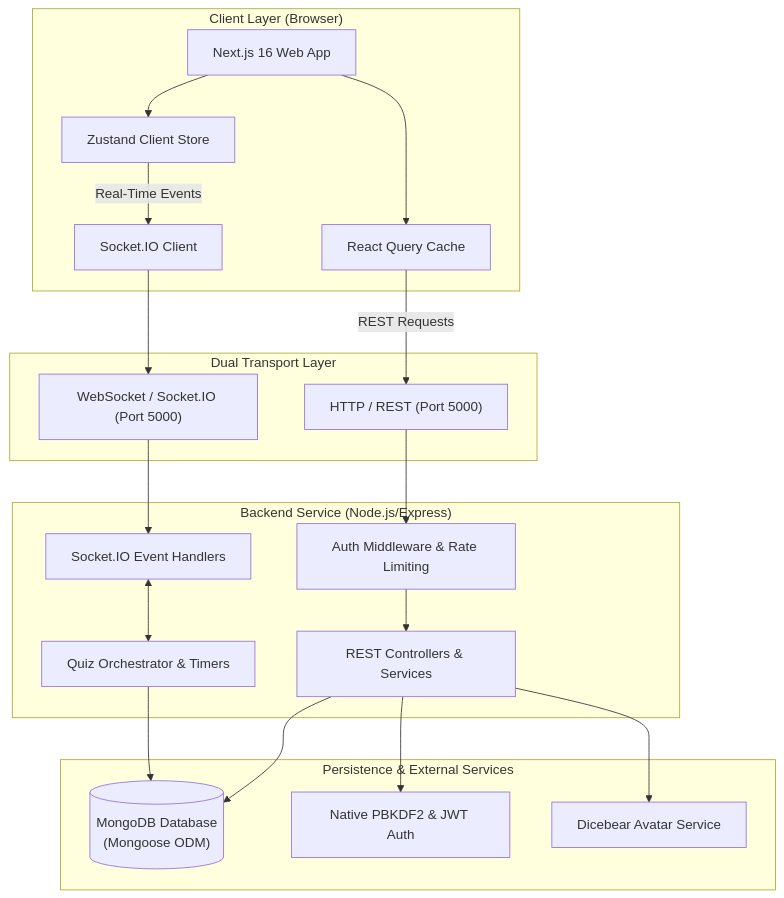
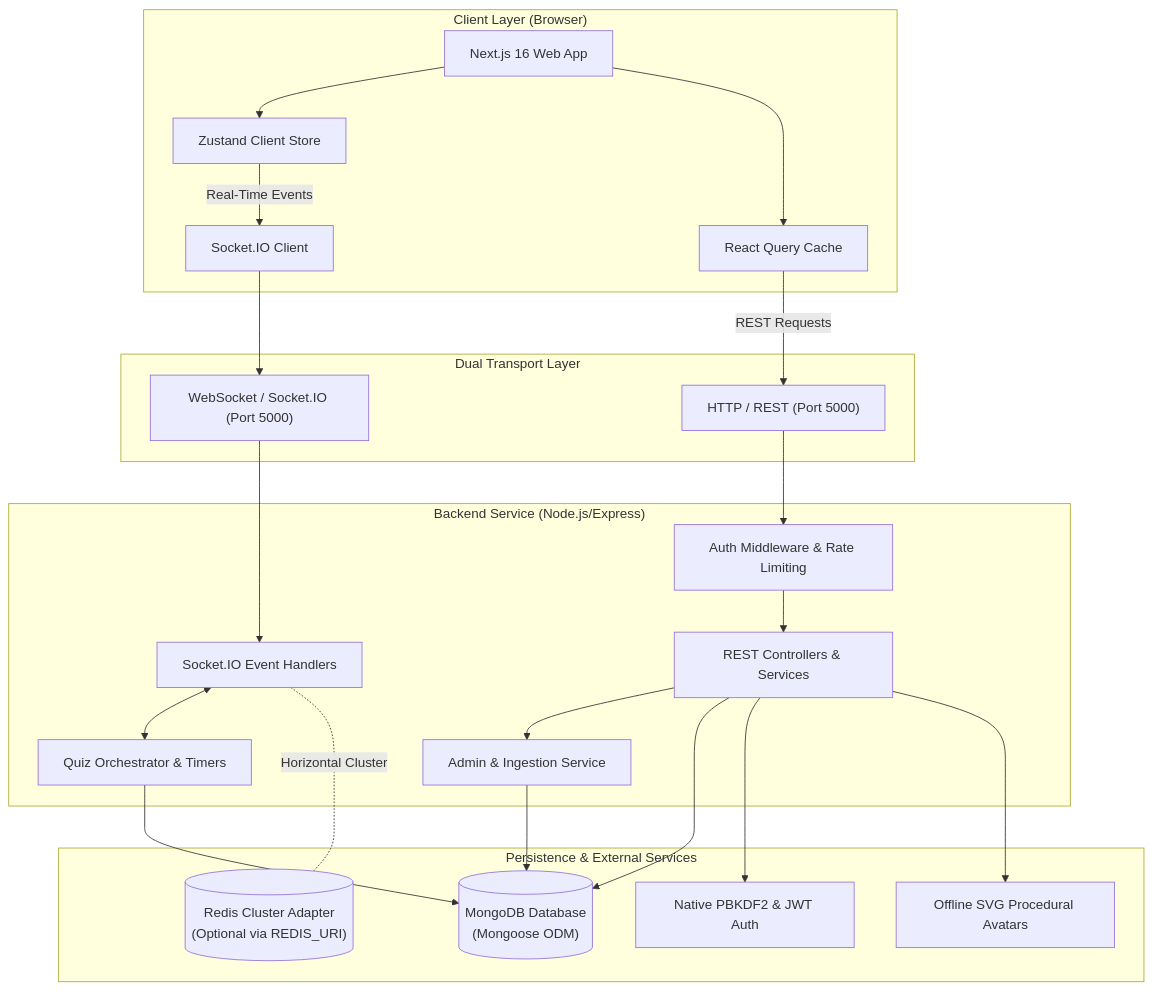
The first of 2 diagrams in docs/02-system-architecture.md (harshverma-25/CodeArena), drawn with Mermaid before and after one commit. The commit also changed other lines of this file and 21 other files, not shown here.

````diff
--- a/docs/02-system-architecture.md
+++ b/docs/02-system-architecture.md
@@ -7,42 +7,47 @@
 ```mermaid
 flowchart TB
     subgraph ClientLayer ["Client Layer (Browser)"]
         UI["Next.js 16 Web App"]
         Store["Zustand Client Store"]
         Query["React Query Cache"]
         SocketC["Socket.IO Client"]
     end
 
     subgraph TransportLayer ["Dual Transport Layer"]
         HTTP["HTTP / REST (Port 5000)"]
         WS["WebSocket / Socket.IO (Port 5000)"]
     end
 
     subgraph ServerLayer ["Backend Service (Node.js/Express)"]
         MW["Auth Middleware & Rate Limiting"]
         RestAPI["REST Controllers & Services"]
         SocketGateway["Socket.IO Event Handlers"]
         Engine["Quiz Orchestrator & Timers"]
+        AdminEngine["Admin & Ingestion Service"]
     end
 
     subgraph DataLayer ["Persistence & External Services"]
         Mongo[("MongoDB Database\n(Mongoose ODM)")]
         AuthService["Native PBKDF2 & JWT Auth"]
-        Dicebear["Dicebear Avatar Service"]
+        RedisCluster[("Redis Cluster Adapter\n(Optional via REDIS_URI)")]
+        OfflineAvatar["Offline SVG Procedural Avatars"]
     end
 
     UI --> Store
     UI --> Query
     Query -- "REST Requests" --> HTTP
     Store -- "Real-Time Events" --> SocketC
     SocketC --> WS
 
     HTTP --> MW --> RestAPI
+    RestAPI --> AdminEngine
     WS --> SocketGateway
     SocketGateway <--> Engine
+    SocketGateway -. Horizontal Cluster .- RedisCluster
 
     RestAPI --> Mongo
     Engine --> Mongo
+    AdminEngine --> Mongo
     RestAPI --> AuthService
-    RestAPI --> Dicebear
+    RestAPI --> OfflineAvatar
 ```
````
